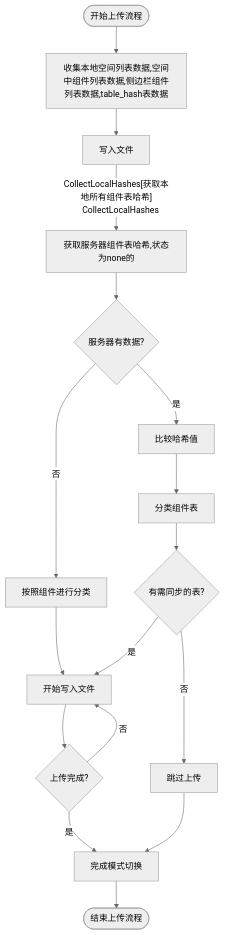
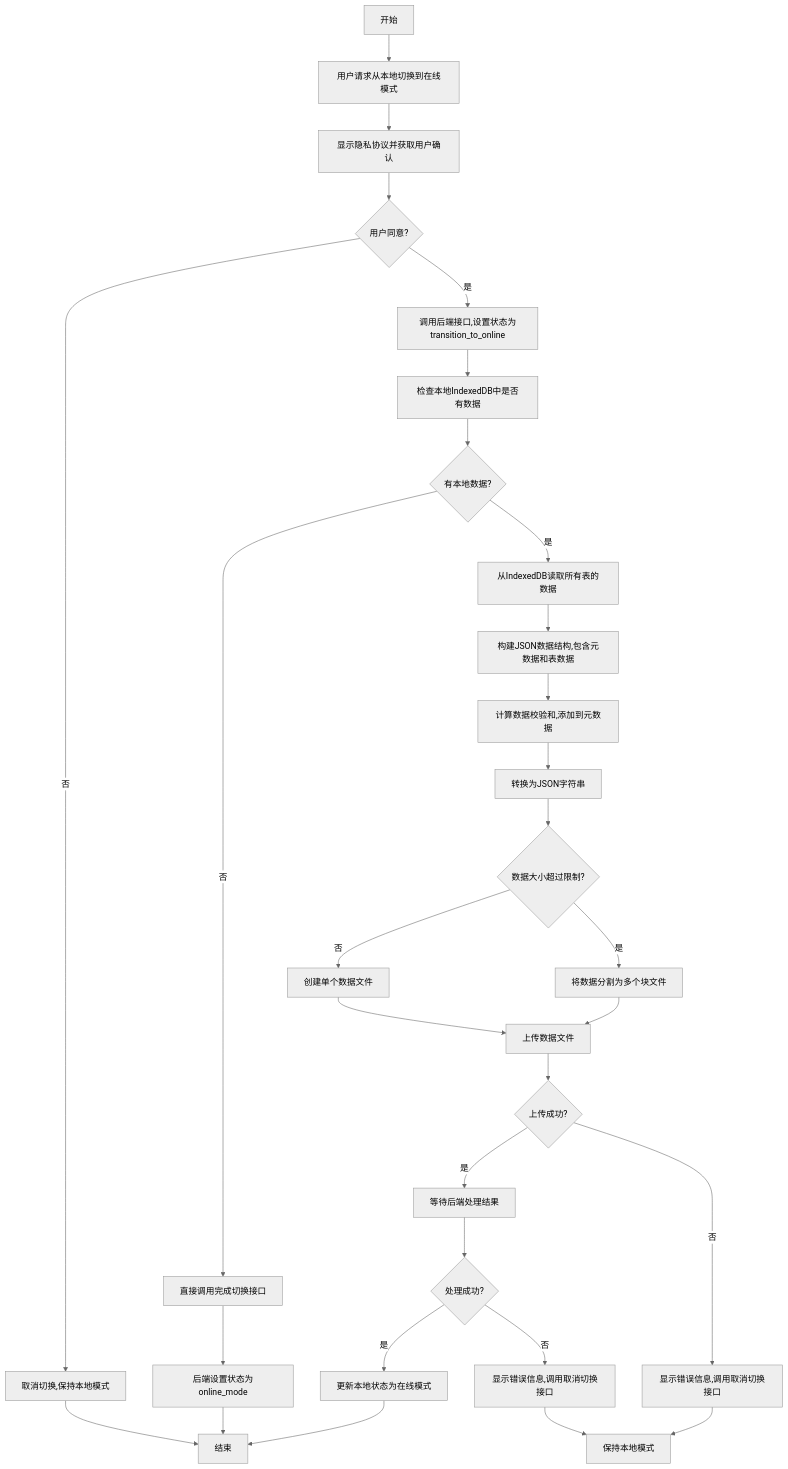
One commit to yingjianzh/iodraw-files changed the diagram in all/未命名-59.md. Above: the diagram before and after it, drawn with Mermaid (neutral theme).

Commit message:
2025-05-14 16:04:44 update

````diff
--- a/all/未命名-59.md
+++ b/all/未命名-59.md
@@ -1,35 +1,39 @@
 ```mermaid
-
 flowchart TD
-    Start([开始上传流程]) --> CollectData[收集本地空间列表数据,空间中组件列表数据,侧边栏组件列表数据,table_hash表数据]
-    CollectData --> WriteFile[写入文件]
-
-    WriteFile --CollectLocalHashes[获取本地所有组件表哈希]
-    CollectLocalHashes --> FetchServerHashes[获取服务器组件表哈希,状态为none的]
+    A[开始] --> B[用户请求从本地切换到在线模式]
+    B --> C[显示隐私协议并获取用户确认]
+    C --> D{用户同意?}
+    D -->|否| E[取消切换,保持本地模式]
+    D -->|是| F[调用后端接口,设置状态为transition_to_online]
+    F --> G[检查本地IndexedDB中是否有数据]
+    G --> H{有本地数据?}
     
-    FetchServerHashes --> ServerHasData{服务器有数据?}
+    H -->|否| I[直接调用完成切换接口]
+    H -->|是| J[从IndexedDB读取所有表的数据]
     
-    ServerHasData -->|是| CompareHashes[比较哈希值]
-    ServerHasData -->|否| ClassifyTables2[按照组件进行分类]
-    ClassifyTables2 --> StartBatching[开始写入文件]
+    J --> K[构建JSON数据结构,包含元数据和表数据]
+    K --> L[计算数据校验和,添加到元数据]
+    L --> M[转换为JSON字符串]
     
-    CompareHashes --> ClassifyTables[分类组件表]
-    ClassifyTables --> HasChanges{有需同步的表?}
+    M --> N{数据大小超过限制?}
+    N -->|是| O[将数据分割为多个块文件]
+    N -->|否| P[创建单个数据文件]
     
-    HasChanges -->|否| SkipUpload[跳过上传]
-    HasChanges -->|是| StartBatching
+    O --> Q[上传数据文件]
+    P --> Q
+    I --> R[后端设置状态为online_mode]
     
-    StartBatching --> UploadComplete{上传完成?}
-
-
-    UploadComplete -->|是| FinalizeMode[完成模式切换]
-    UploadComplete -->|否| StartBatching
-
+    Q --> S{上传成功?}
+    S -->|否| T[显示错误信息,调用取消切换接口]
+    S -->|是| U[等待后端处理结果]
     
+    U --> V{处理成功?}
+    V -->|否| W[显示错误信息,调用取消切换接口]
+    V -->|是| X[更新本地状态为在线模式]
     
-    FinalizeMode --> End([结束上传流程])
-    
-    SkipUpload --> FinalizeMode
-
-
+    T --> Y[保持本地模式]
+    W --> Y
+    X --> Z[结束]
+    R --> Z
+    E --> Z
 ```
````
